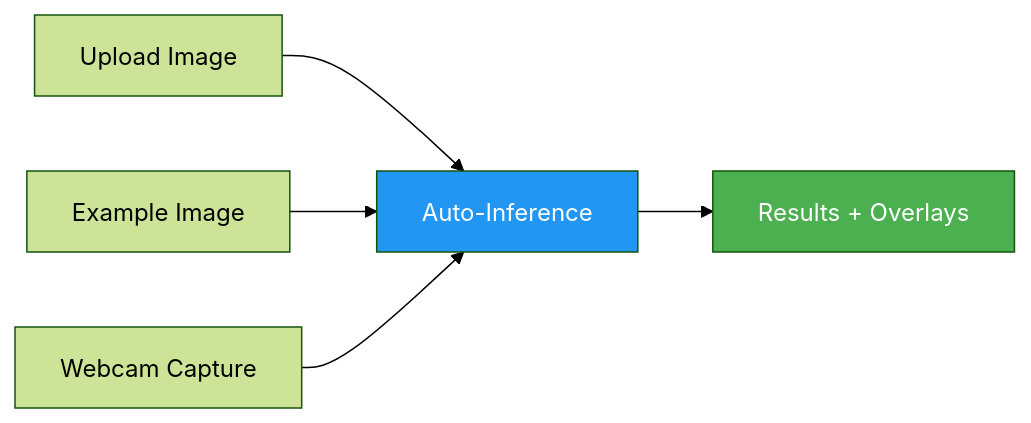
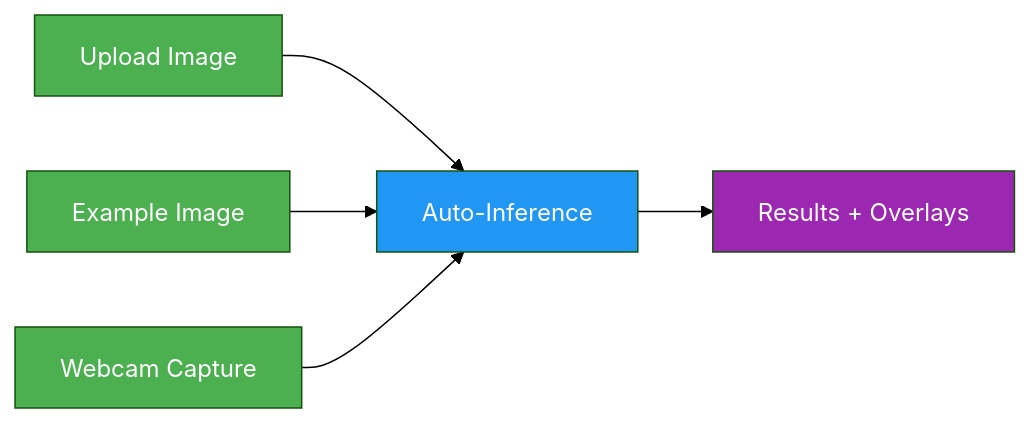
One commit to medusa717/AI-ULTRALYTICS changed the diagram in docs/en/platform/deploy/inference.md. Above: the diagram before and after it, drawn with Mermaid (forest theme). The commit also changed 18 other files, not shown here.

Commit message:
Standardize Mermaid diagram colors across docs (#24932)

````diff
--- a/docs/en/platform/deploy/inference.md
+++ b/docs/en/platform/deploy/inference.md
@@ -35,10 +35,11 @@
 ```mermaid
 graph LR
-    A[Upload Image] --> D[Auto-Inference]
-    B[Example Image] --> D
-    C[Webcam Capture] --> D
-    D --> E[Results + Overlays]
+    A[Upload Image]:::start --> D[Auto-Inference]:::proc
+    B[Example Image]:::start --> D
+    C[Webcam Capture]:::start --> D
+    D --> E[Results + Overlays]:::out
 
-    style D fill:#2196F3,color:#fff
-    style E fill:#4CAF50,color:#fff
+    classDef start fill:#4CAF50,color:#fff
+    classDef proc fill:#2196F3,color:#fff
+    classDef out fill:#9C27B0,color:#fff
 ```
````
